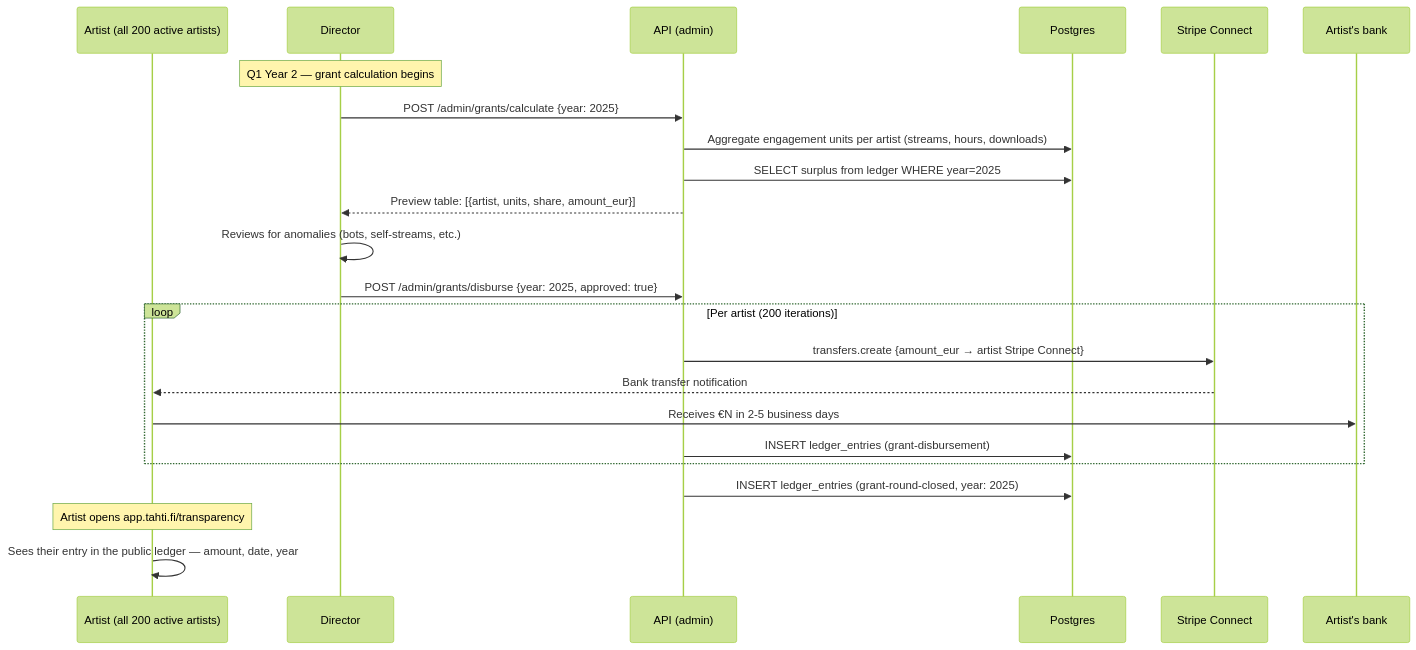
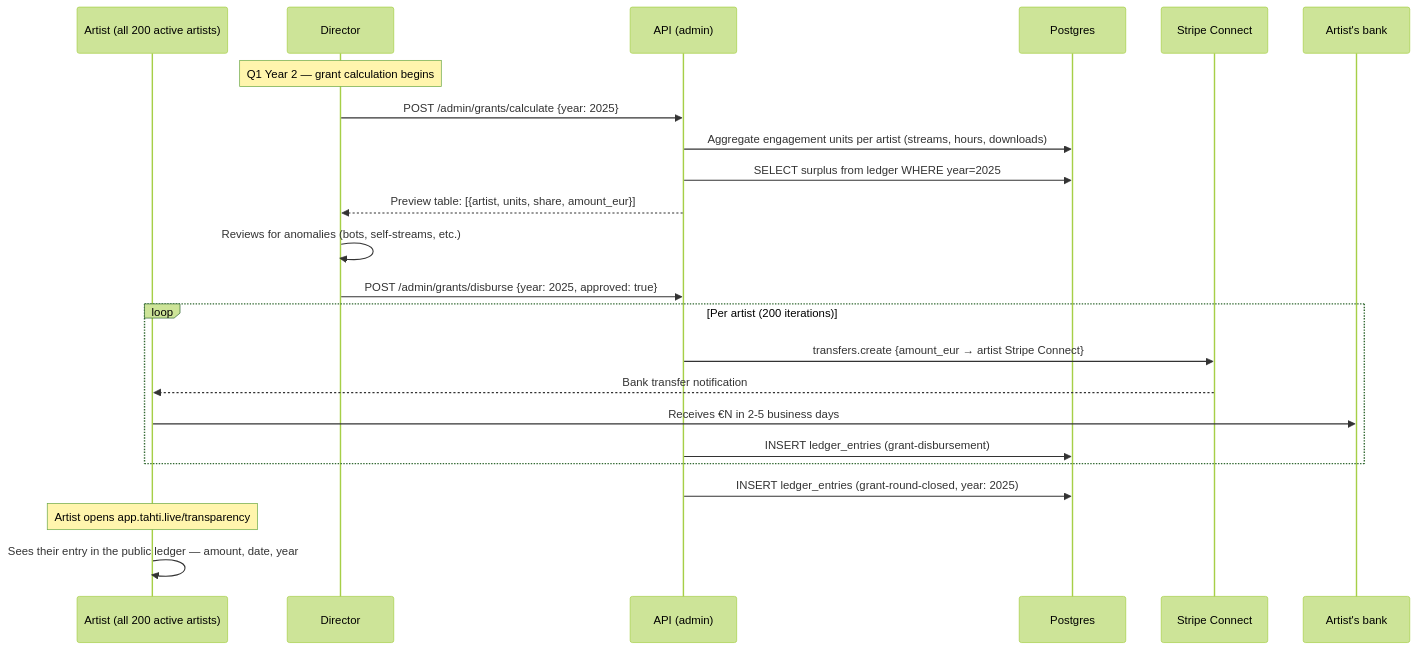
Before and after one commit to janiluuk/tahti-org: the seventh of 8 diagrams in docs/technical/journey-artist.md, drawn with Mermaid (forest theme). The commit also changed other lines of this file and 148 other files, not shown here.

First line of the commit message:
feat(m10): member governance, chat polish, domain rename to tahti.live

````diff
--- a/docs/technical/journey-artist.md
+++ b/docs/technical/journey-artist.md
@@ -225,30 +225,30 @@
 ```mermaid
 sequenceDiagram
     participant A as Artist (all 200 active artists)
     participant DIR as Director
     participant API as API (admin)
     participant PG as Postgres
     participant Stripe as Stripe Connect
     participant Bank as Artist's bank
 
     Note over DIR: Q1 Year 2 — grant calculation begins
 
     DIR->>API: POST /admin/grants/calculate {year: 2025}
     API->>PG: Aggregate engagement units per artist (streams, hours, downloads)
     API->>PG: SELECT surplus from ledger WHERE year=2025
     API-->>DIR: Preview table: [{artist, units, share, amount_eur}]
 
     DIR->>DIR: Reviews for anomalies (bots, self-streams, etc.)
     DIR->>API: POST /admin/grants/disburse {year: 2025, approved: true}
 
     loop Per artist (200 iterations)
         API->>Stripe: transfers.create {amount_eur → artist Stripe Connect}
         Stripe-->>A: Bank transfer notification
         A->>Bank: Receives €N in 2-5 business days
         API->>PG: INSERT ledger_entries (grant-disbursement)
     end
 
     API->>PG: INSERT ledger_entries (grant-round-closed, year: 2025)
-    Note over A: Artist opens app.tahti.fi/transparency
+    Note over A: Artist opens app.tahti.live/transparency
     A->>A: Sees their entry in the public ledger — amount, date, year
 ```
````
